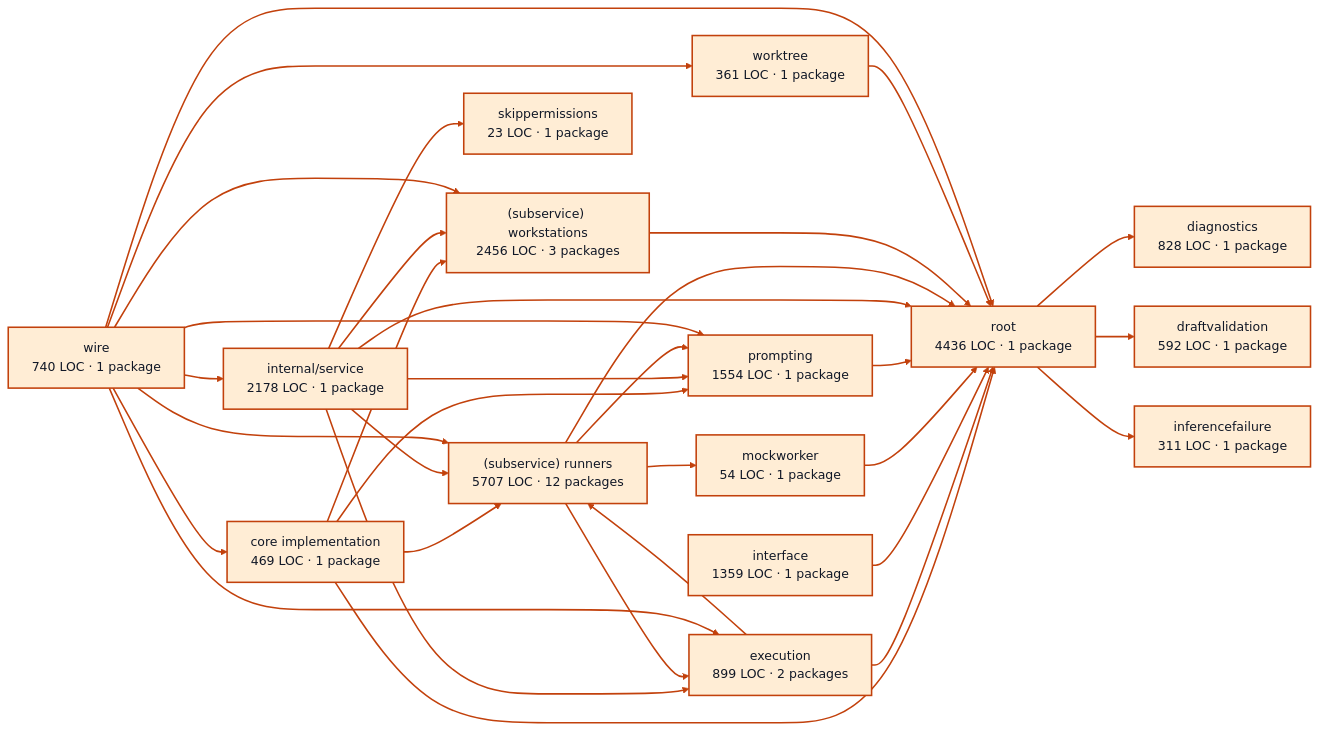
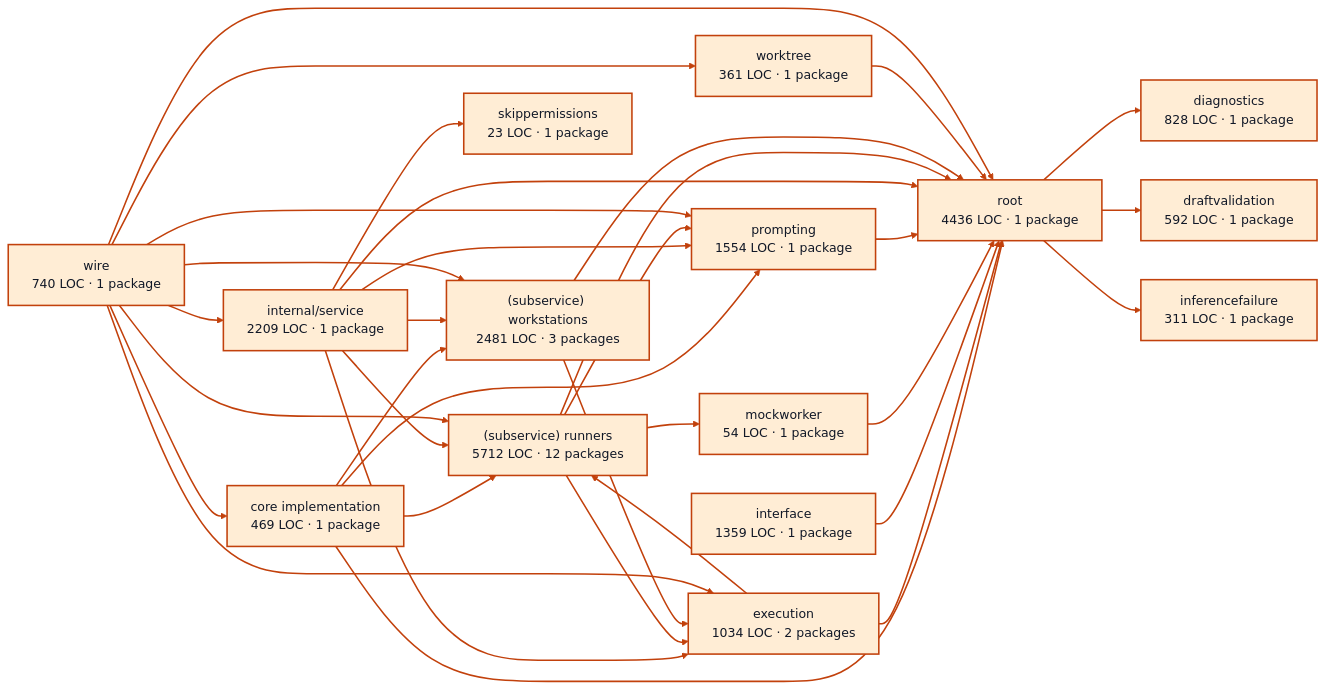
The diagram in docs/architecture/visualizations/services/workers.md (portpowered/you-agent-factory), drawn with Mermaid (forest theme) before and after one commit. The commit also changed other lines of this file and 20 other files, not shown here.

Commit message:
docs: refresh backend architecture visualizations

````diff
--- a/docs/architecture/visualizations/services/workers.md
+++ b/docs/architecture/visualizations/services/workers.md
@@ -11,66 +11,67 @@
 ```mermaid
 flowchart LR
   p0["core implementation<br/>469 LOC · 1 package"]
   p1["diagnostics<br/>828 LOC · 1 package"]
   p2["draftvalidation<br/>592 LOC · 1 package"]
-  p3["execution<br/>899 LOC · 2 packages"]
+  p3["execution<br/>1034 LOC · 2 packages"]
   p4["inferencefailure<br/>311 LOC · 1 package"]
   p5["interface<br/>1359 LOC · 1 package"]
   p6["mockworker<br/>54 LOC · 1 package"]
   p7["prompting<br/>1554 LOC · 1 package"]
-  p8["internal/service<br/>2178 LOC · 1 package"]
-  p9["(subservice) runners<br/>5707 LOC · 12 packages"]
-  p10["(subservice) workstations<br/>2456 LOC · 3 packages"]
+  p8["internal/service<br/>2209 LOC · 1 package"]
+  p9["(subservice) runners<br/>5712 LOC · 12 packages"]
+  p10["(subservice) workstations<br/>2481 LOC · 3 packages"]
   p11["skippermissions<br/>23 LOC · 1 package"]
   p12["worktree<br/>361 LOC · 1 package"]
   p13["root<br/>4436 LOC · 1 package"]
   p14["wire<br/>740 LOC · 1 package"]
   p0 --> p7
   p0 --> p9
   p0 --> p10
   p0 --> p13
   p3 --> p9
   p3 --> p13
   p5 --> p13
   p6 --> p13
   p7 --> p13
   p8 --> p3
   p8 --> p7
   p8 --> p9
   p8 --> p10
   p8 --> p11
   p8 --> p13
   p9 --> p3
   p9 --> p6
   p9 --> p7
   p9 --> p13
+  p10 --> p3
   p10 --> p13
   p12 --> p13
   p13 --> p1
   p13 --> p2
   p13 --> p4
   p14 --> p0
   p14 --> p3
   p14 --> p7
   p14 --> p8
   p14 --> p9
   p14 --> p10
   p14 --> p12
   p14 --> p13
   style p0 fill:#ffedd5,stroke:#c2410c,stroke-width:2px,color:#111827
   style p1 fill:#ffedd5,stroke:#c2410c,stroke-width:2px,color:#111827
   style p2 fill:#ffedd5,stroke:#c2410c,stroke-width:2px,color:#111827
   style p3 fill:#ffedd5,stroke:#c2410c,stroke-width:2px,color:#111827
   style p4 fill:#ffedd5,stroke:#c2410c,stroke-width:2px,color:#111827
   style p5 fill:#ffedd5,stroke:#c2410c,stroke-width:2px,color:#111827
   style p6 fill:#ffedd5,stroke:#c2410c,stroke-width:2px,color:#111827
   style p7 fill:#ffedd5,stroke:#c2410c,stroke-width:2px,color:#111827
   style p8 fill:#ffedd5,stroke:#c2410c,stroke-width:2px,color:#111827
   style p9 fill:#ffedd5,stroke:#c2410c,stroke-width:2px,color:#111827
   style p10 fill:#ffedd5,stroke:#c2410c,stroke-width:2px,color:#111827
   style p11 fill:#ffedd5,stroke:#c2410c,stroke-width:2px,color:#111827
   style p12 fill:#ffedd5,stroke:#c2410c,stroke-width:2px,color:#111827
   style p13 fill:#ffedd5,stroke:#c2410c,stroke-width:2px,color:#111827
   style p14 fill:#ffedd5,stroke:#c2410c,stroke-width:2px,color:#111827
   linkStyle default stroke:#c2410c,stroke-width:2px
 ```
````
